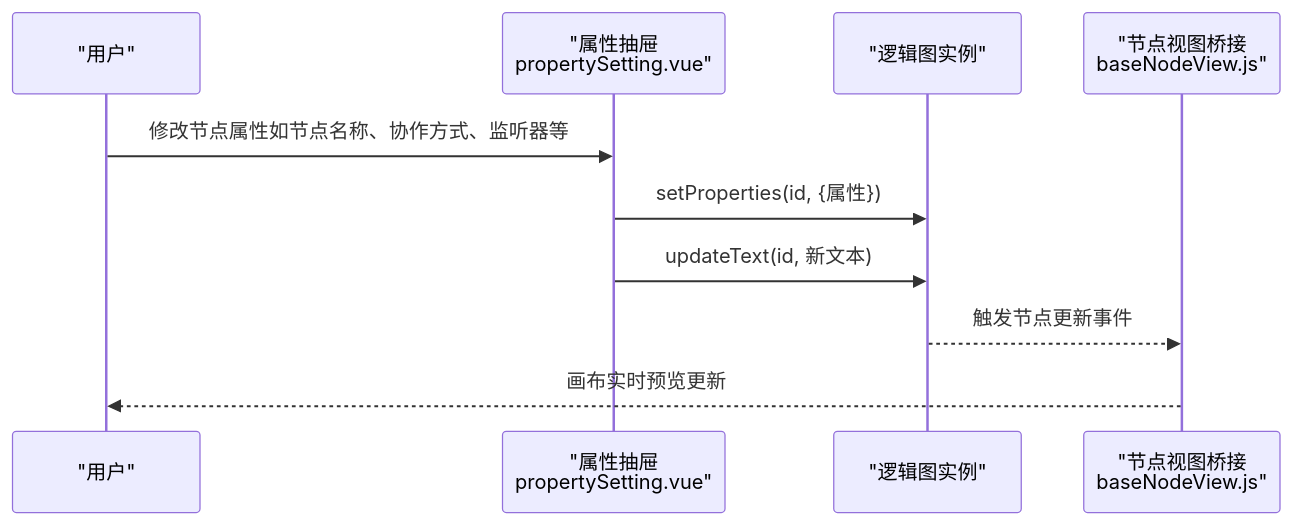
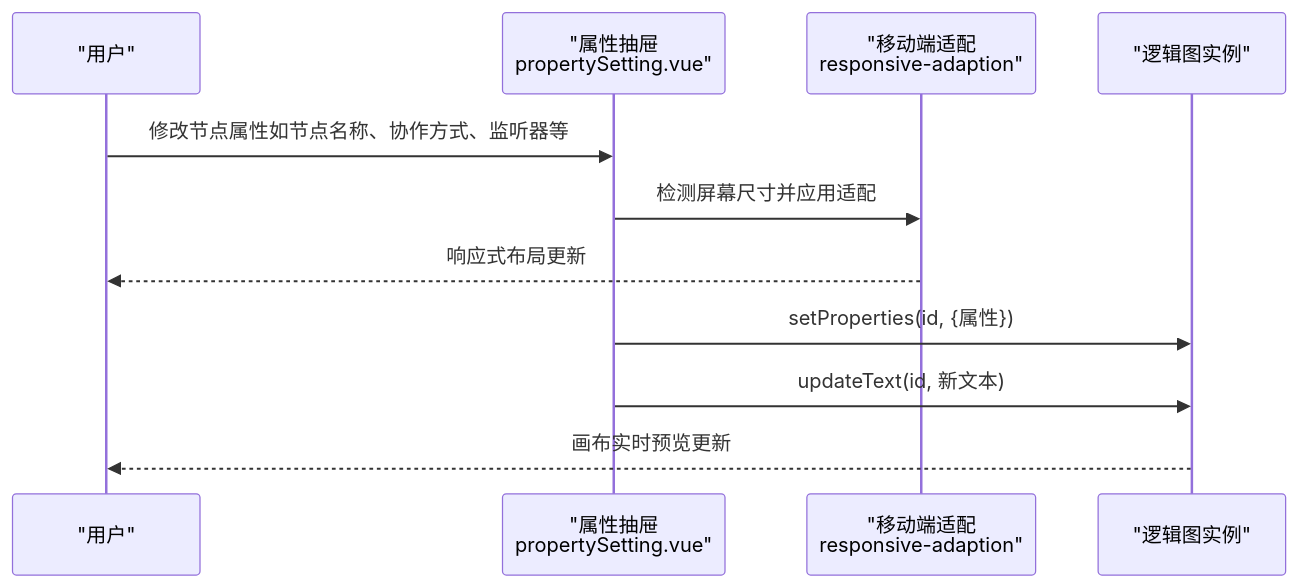
Before and after one commit to dromara/warm-flow: the second of 8 diagrams in .qoder/repowiki/zh/content/可视化设计器/节点属性配置.md, drawn with Mermaid. The commit also changed other lines of this file and 18 other files, not shown here.

````diff
--- a/.qoder/repowiki/zh/content/可视化设计器/节点属性配置.md
+++ b/.qoder/repowiki/zh/content/可视化设计器/节点属性配置.md
@@ -126,12 +140,13 @@
 ```mermaid
 sequenceDiagram
 participant U as "用户"
 participant PS as "属性抽屉<br/>propertySetting.vue"
+participant MO as "移动端适配<br/>responsive-adaption"
 participant LF as "逻辑图实例"
-participant TV as "节点视图桥接<br/>baseNodeView.js"
 U->>PS : 修改节点属性如节点名称、协作方式、监听器等
+PS->>MO : 检测屏幕尺寸并应用适配
+MO-->>U : 响应式布局更新
 PS->>LF : setProperties(id, {属性})
 PS->>LF : updateText(id, 新文本)
-LF-->>TV : 触发节点更新事件
-TV-->>U : 画布实时预览更新
+LF-->>U : 画布实时预览更新
 ```
````
